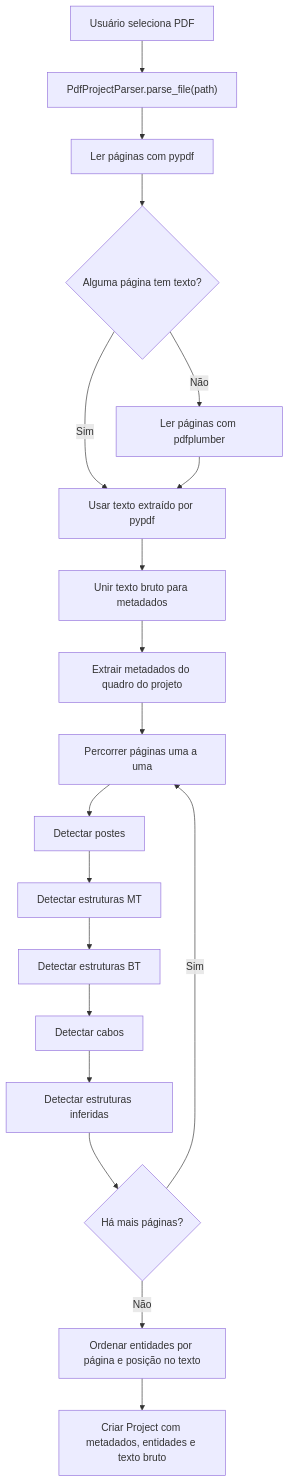
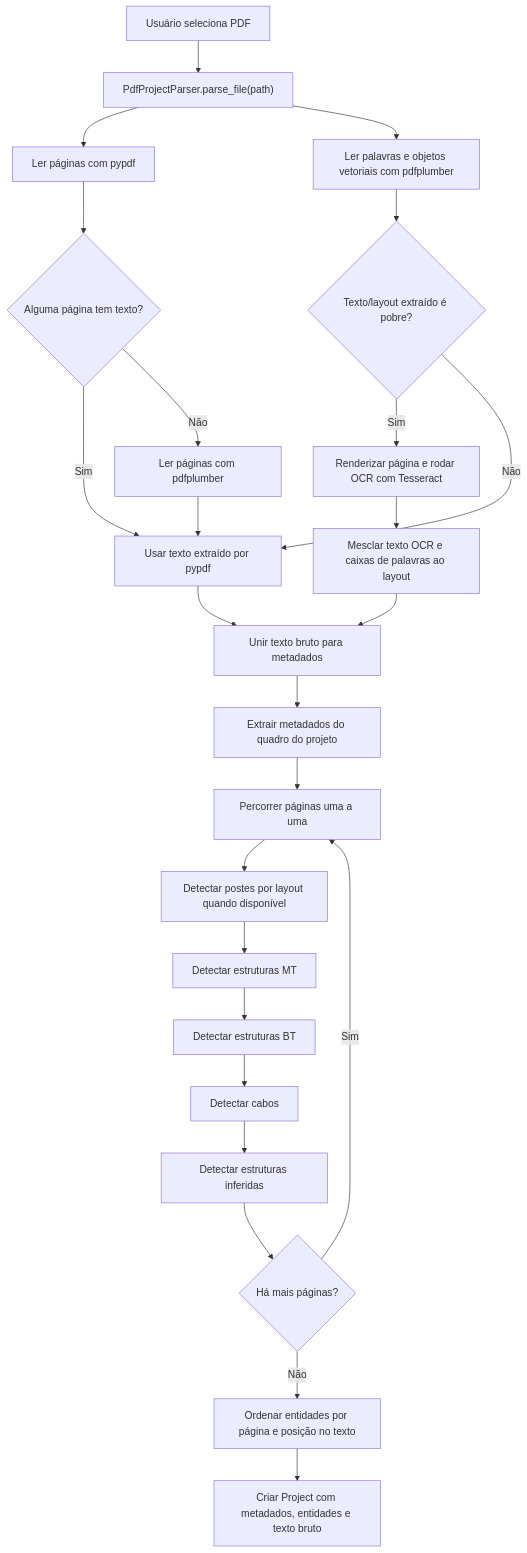
The first of 3 diagrams in docs/fluxograma-analise-pdf.md (caiocdias/ProjectHandler), drawn with Mermaid before and after one commit. The commit also changed other lines of this file and 5 other files, not shown here.

````diff
--- a/docs/fluxograma-analise-pdf.md
+++ b/docs/fluxograma-analise-pdf.md
@@ -7,21 +7,27 @@
 ```mermaid
 flowchart TD
     A["Usuário seleciona PDF"] --> B["PdfProjectParser.parse_file(path)"]
     B --> C["Ler páginas com pypdf"]
+    B --> C2["Ler palavras e objetos vetoriais com pdfplumber"]
     C --> D{"Alguma página tem texto?"}
     D -- "Sim" --> F["Usar texto extraído por pypdf"]
     D -- "Não" --> E["Ler páginas com pdfplumber"]
     E --> F
-    F --> G["Unir texto bruto para metadados"]
+    C2 --> F2{"Texto/layout extraído é pobre?"}
+    F2 -- "Sim" --> F3["Renderizar página e rodar OCR com Tesseract"]
+    F2 -- "Não" --> F
+    F3 --> F4["Mesclar texto OCR e caixas de palavras ao layout"]
+    F4 --> G["Unir texto bruto para metadados"]
+    F --> G
     G --> H["Extrair metadados do quadro do projeto"]
     H --> I["Percorrer páginas uma a uma"]
-    I --> J["Detectar postes"]
+    I --> J["Detectar postes por layout quando disponível"]
     J --> K["Detectar estruturas MT"]
     K --> L["Detectar estruturas BT"]
     L --> M["Detectar cabos"]
     M --> N["Detectar estruturas inferidas"]
     N --> O{"Há mais páginas?"}
     O -- "Sim" --> I
     O -- "Não" --> P["Ordenar entidades por página e posição no texto"]
     P --> Q["Criar Project com metadados, entidades e texto bruto"]
 ```
````
